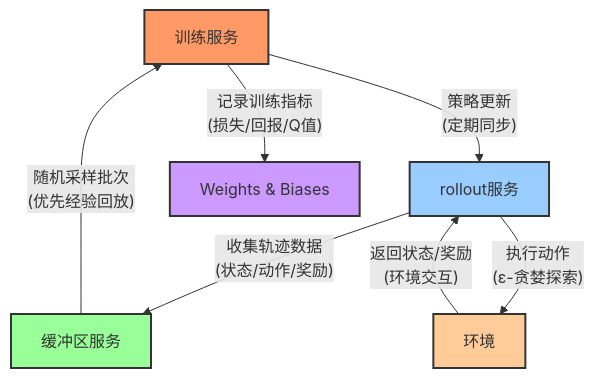
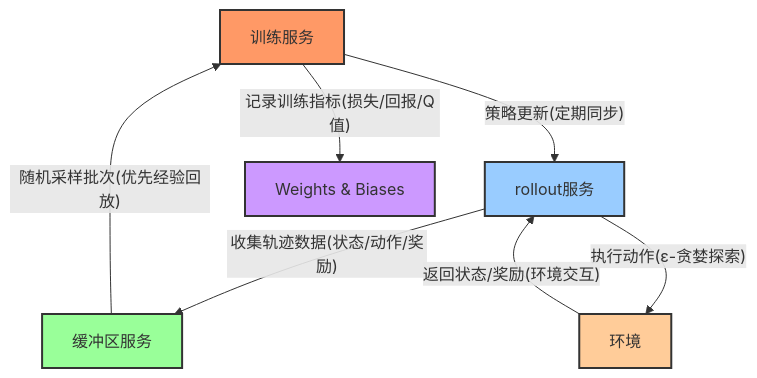
The diagram in README_ZH.md (s-JoL/TITAN-RL), drawn with Mermaid before and after one commit.

````diff
--- a/README_ZH.md
+++ b/README_ZH.md
@@ -14,15 +14,15 @@
 ```mermaid
 graph TD
-    A[训练服务] -->|"策略更新\n(定期同步)"| B[rollout服务]
-    B -->|"收集轨迹数据\n(状态/动作/奖励)"| C[缓冲区服务]
-    C -->|"随机采样批次\n(优先经验回放)"| A
-    B -->|"执行动作\n(ε-贪婪探索)"| D[环境]
-    D -->|"返回状态/奖励\n(环境交互)"| B
-    A -->|"记录训练指标\n(损失/回报/Q值)"| E[Weights & Biases]
+    A[训练服务] -->|"策略更新(定期同步)"| B[rollout服务]
+    B -->|"收集轨迹数据(状态/动作/奖励)"| C[缓冲区服务]
+    C -->|"随机采样批次(优先经验回放)"| A
+    B -->|"执行动作(ε-贪婪探索)"| D[环境]
+    D -->|"返回状态/奖励(环境交互)"| B
+    A -->|"记录训练指标(损失/回报/Q值)"| E[Weights & Biases]
     
     style A fill:#f96,stroke:#333,stroke-width:2px
     style B fill:#9cf,stroke:#333,stroke-width:2px
     style C fill:#9f9,stroke:#333,stroke-width:2px
     style D fill:#fc9,stroke:#333,stroke-width:2px
     style E fill:#c9f,stroke:#333,stroke-width:2px
 ```
````
